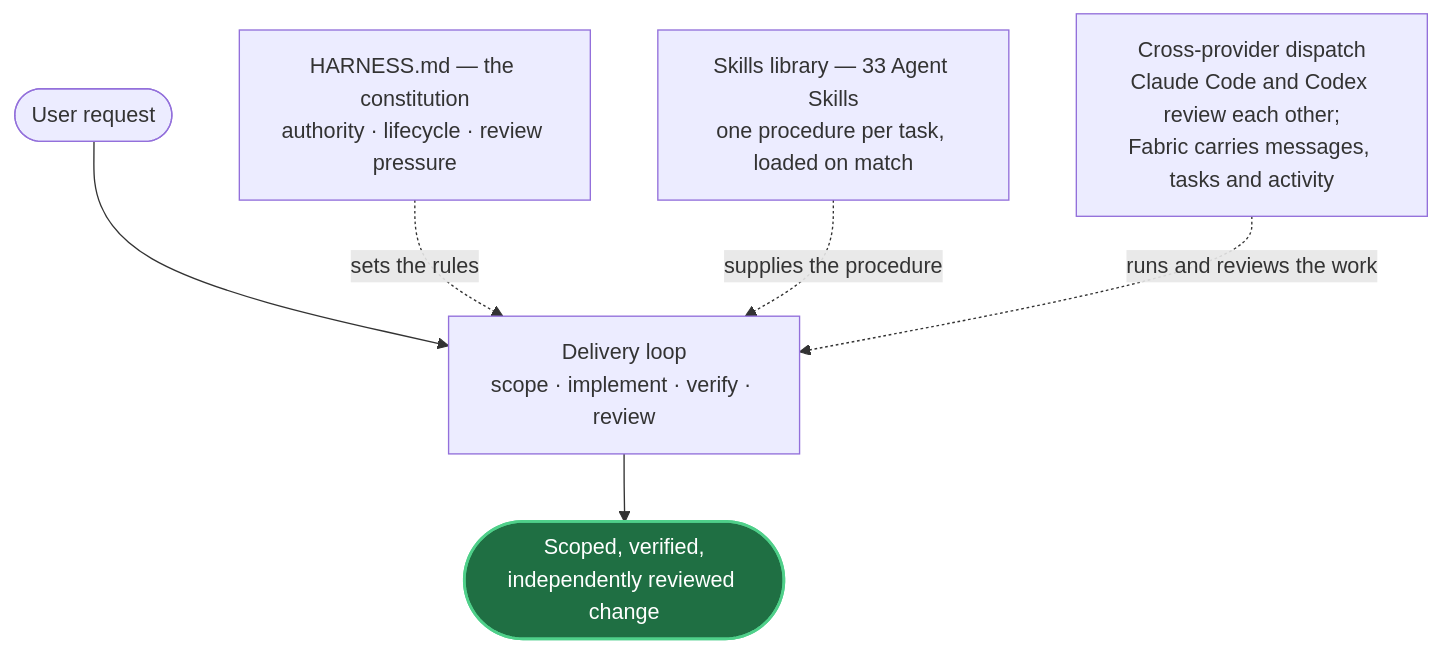
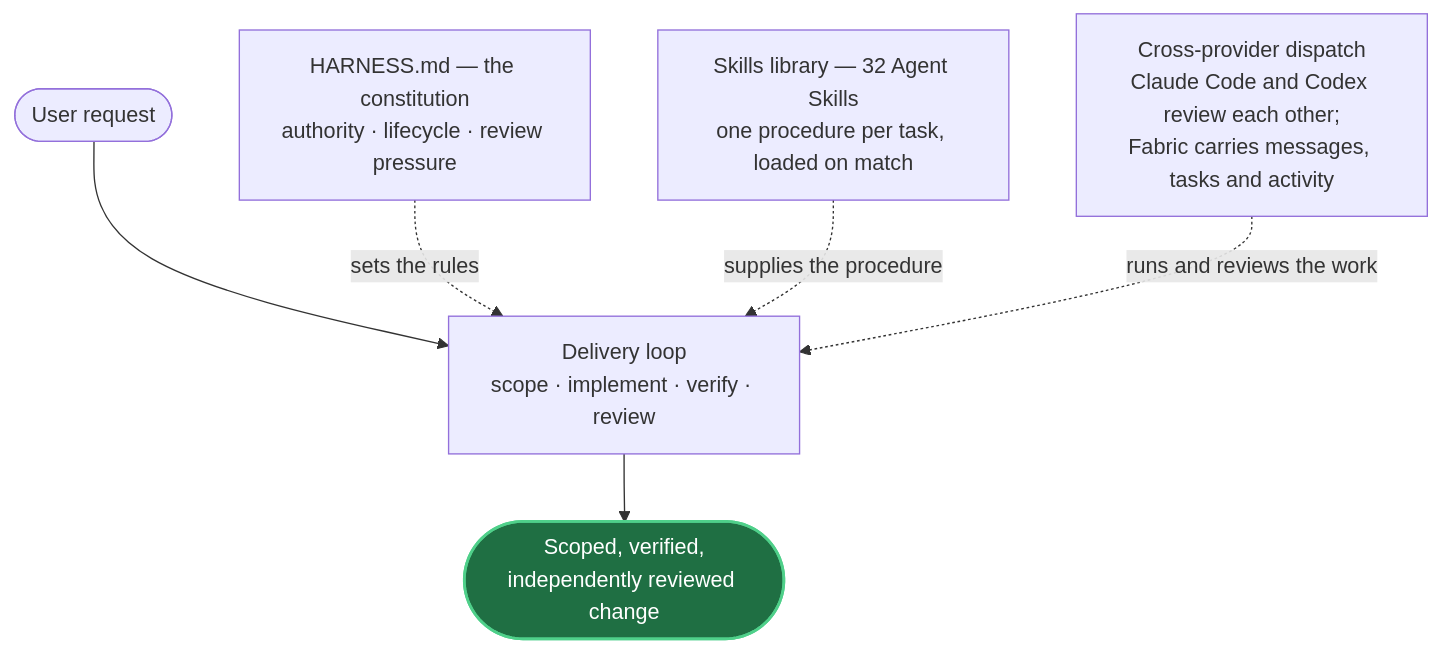
Before and after one commit to mblauberg/provenant: the first of 2 diagrams in README.md, drawn with Mermaid. The commit also changed other lines of this file and 1 other file, not shown here.

Commit message:
test(skills): keep README catalogue counts aligned

````diff
--- a/README.md
+++ b/README.md
@@ -37,12 +37,12 @@
 ```mermaid
 flowchart TB
     accTitle: The three parts and the delivery loop they serve
     accDescr: A user request enters the delivery loop, which runs scope, implement, verify and review, and produces a scoped, verified, independently reviewed change. Three parts act on that loop concurrently rather than in sequence. HARNESS.md, the constitution, sets the rules — authority, lifecycle and review pressure. The skills library supplies the procedure, one SKILL.md per task loaded when the task matches. Cross-provider dispatch runs and reviews the work, with Claude Code and Codex as primaries reviewing each other and Fabric carrying the messages, tasks and activity between them.
     U(["User request"]) --> LOOP["Delivery loop<br/>scope · implement · verify · review"]
     LOOP --> OUT(["Scoped, verified,<br/>independently reviewed change"])
     H["HARNESS.md — the constitution<br/>authority · lifecycle · review pressure"] -. "sets the rules" .-> LOOP
-    SK["Skills library — 33 Agent Skills<br/>one procedure per task, loaded on match"] -. "supplies the procedure" .-> LOOP
+    SK["Skills library — 32 Agent Skills<br/>one procedure per task, loaded on match"] -. "supplies the procedure" .-> LOOP
     F["Cross-provider dispatch<br/>Claude Code and Codex review each other;<br/>Fabric carries messages, tasks and activity"] -. "runs and reviews the work" .-> LOOP
     classDef out fill:#1f6f43,stroke:#4fd08a,color:#ffffff,stroke-width:2px
     class OUT out
 ```
````
